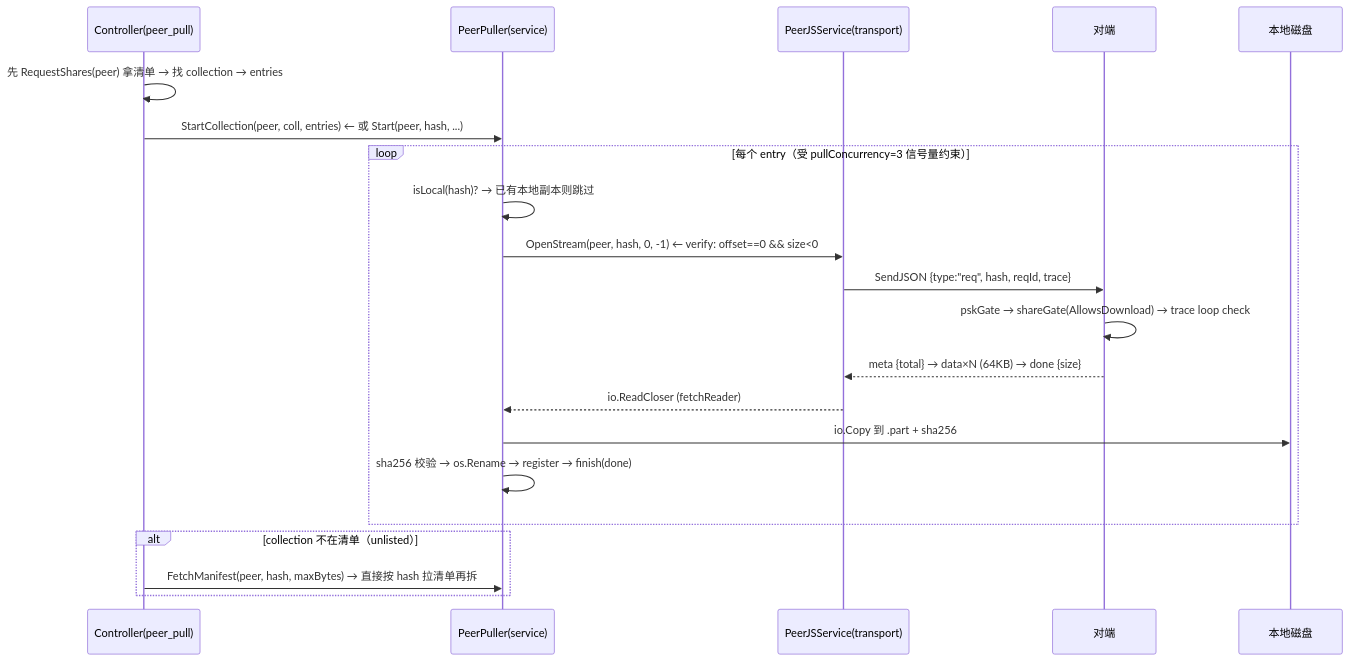
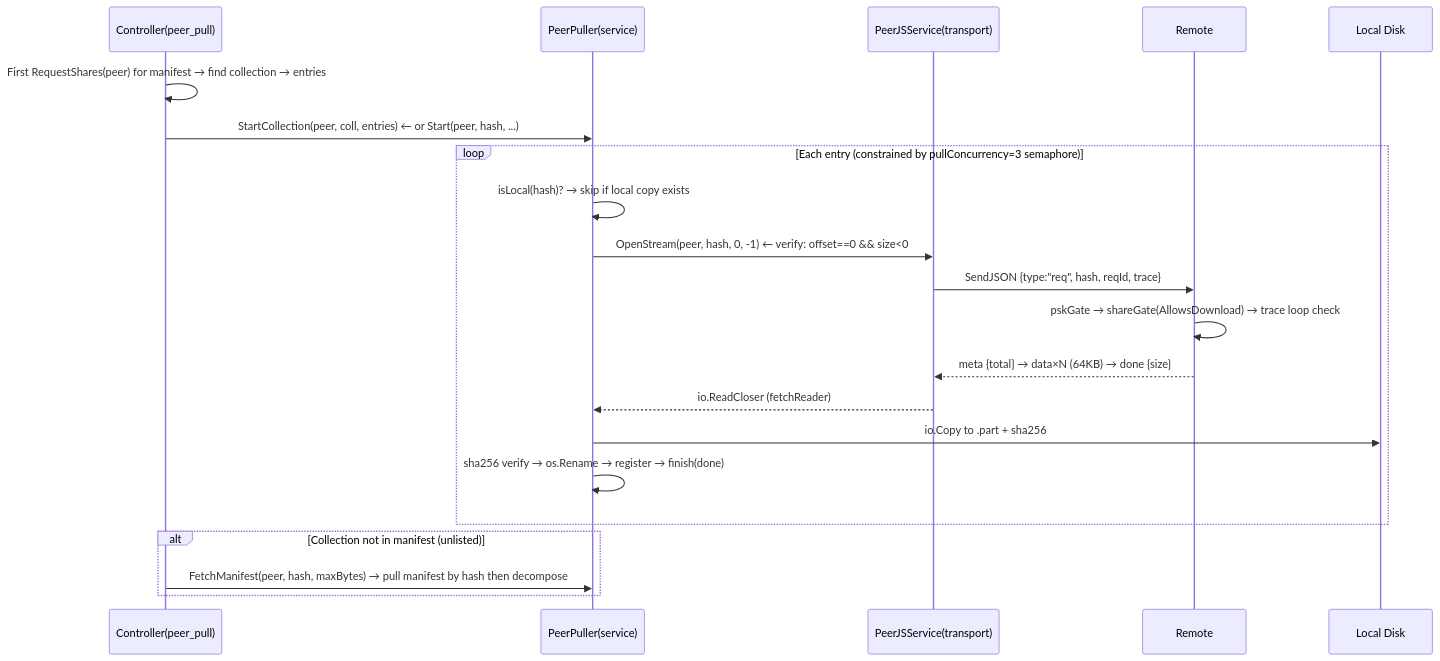
The third of 6 diagrams in doc/design/connections/06-service-transport.md (Hana-ame/peerdrive), drawn with Mermaid before and after one commit. The commit also changed other lines of this file and 357 other files, not shown here.

````diff
--- a/doc/design/connections/06-service-transport.md
+++ b/doc/design/connections/06-service-transport.md
@@ -124,24 +124,24 @@
 ```mermaid
 sequenceDiagram
     participant C as Controller(peer_pull)
     participant PP as PeerPuller(service)
     participant T as PeerJSService(transport)
-    participant Peer as 对端
-    participant Disk as 本地磁盘
+    participant Peer as Remote
+    participant Disk as Local Disk
 
-    C->>C: 先 RequestShares(peer) 拿清单 → 找 collection → entries
-    C->>PP: StartCollection(peer, coll, entries)   ← 或 Start(peer, hash, ...)
-    loop 每个 entry（受 pullConcurrency=3 信号量约束）
-        PP->>PP: isLocal(hash)? → 已有本地副本则跳过
+    C->>C: First RequestShares(peer) for manifest → find collection → entries
+    C->>PP: StartCollection(peer, coll, entries)   ← or Start(peer, hash, ...)
+    loop Each entry (constrained by pullConcurrency=3 semaphore)
+        PP->>PP: isLocal(hash)? → skip if local copy exists
         PP->>T: OpenStream(peer, hash, 0, -1)      ← verify: offset==0 && size<0
         T->>Peer: SendJSON {type:"req", hash, reqId, trace}
         Peer->>Peer: pskGate → shareGate(AllowsDownload) → trace loop check
         Peer-->>T: meta {total} → data×N (64KB) → done {size}
         T-->>PP: io.ReadCloser (fetchReader)
-        PP->>Disk: io.Copy 到 .part + sha256
-        PP->>PP: sha256 校验 → os.Rename → register → finish(done)
+        PP->>Disk: io.Copy to .part + sha256
+        PP->>PP: sha256 verify → os.Rename → register → finish(done)
     end
-    alt collection 不在清单（unlisted）
-        C->>PP: FetchManifest(peer, hash, maxBytes) → 直接按 hash 拉清单再拆
+    alt Collection not in manifest (unlisted)
+        C->>PP: FetchManifest(peer, hash, maxBytes) → pull manifest by hash then decompose
     end
 ```
````
